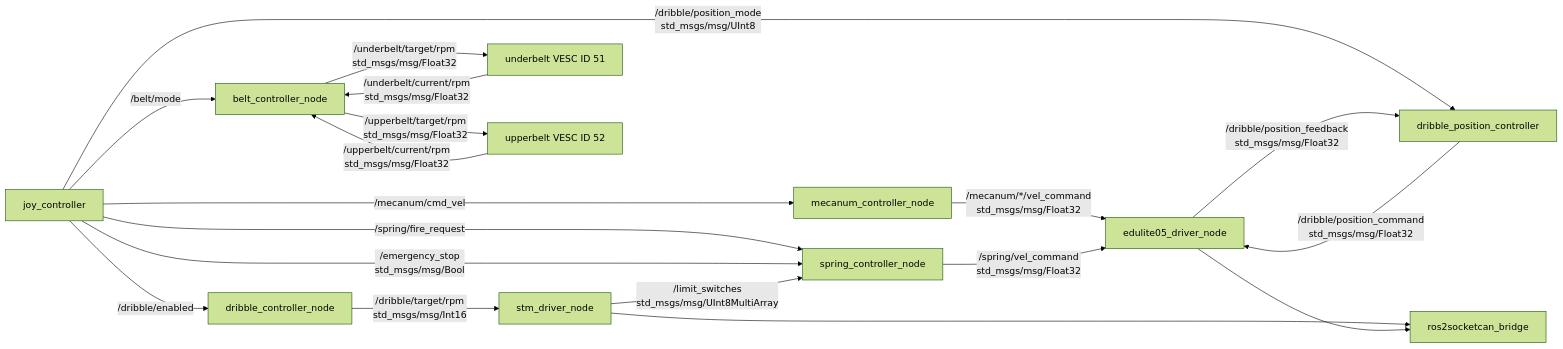
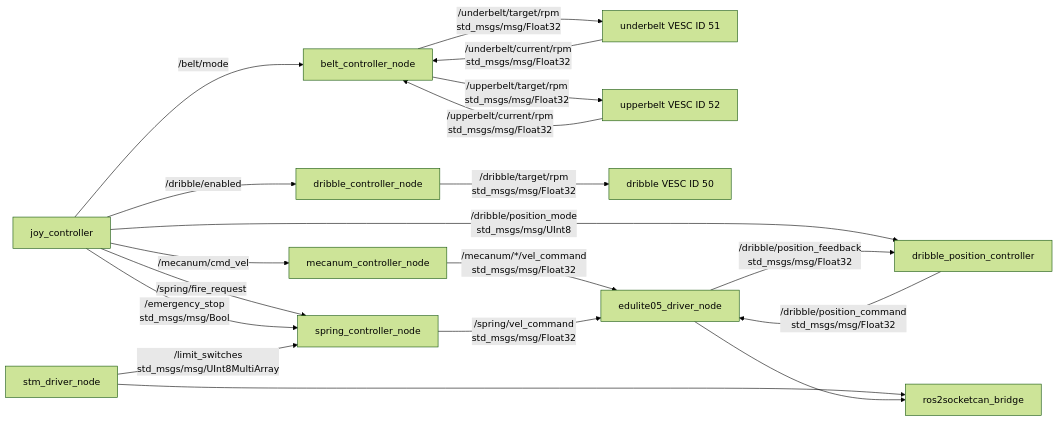
Before and after one commit to rodep-soft/rox2026: the diagram in ros2_ws/src/robot_controller/README.md, drawn with Mermaid (forest theme). The commit also changed other lines of this file and 10 other files, not shown here.

````diff
--- a/ros2_ws/src/robot_controller/README.md
+++ b/ros2_ws/src/robot_controller/README.md
@@ -7,35 +7,36 @@
 ```mermaid
 flowchart LR
   joy[joy_controller]
   mecanum[mecanum_controller_node]
   spring[spring_controller_node]
   dribble[dribble_controller_node]
   position[dribble_position_controller]
   belt[belt_controller_node]
   stm_driver[stm_driver_node]
   under_vesc[underbelt VESC ID 51]
   upper_vesc[upperbelt VESC ID 52]
+  dribble_vesc[dribble VESC ID 50]
   edulite_driver[edulite05_driver_node]
   bridge[ros2socketcan_bridge]
 
   joy -->|/mecanum/cmd_vel| mecanum
   joy -->|/spring/fire_request| spring
   joy -->|/dribble/enabled| dribble
   joy -->|/belt/mode| belt
   joy -->|/dribble/position_mode\nstd_msgs/msg/UInt8| position
   joy -->|/emergency_stop\nstd_msgs/msg/Bool| spring
 
   mecanum -->|/mecanum/*/vel_command\nstd_msgs/msg/Float32| edulite_driver
   spring -->|/spring/vel_command\nstd_msgs/msg/Float32| edulite_driver
-  dribble -->|/dribble/target/rpm\nstd_msgs/msg/Int16| stm_driver
+  dribble -->|/dribble/target/rpm\nstd_msgs/msg/Float32| dribble_vesc
   belt -->|/underbelt/target/rpm\nstd_msgs/msg/Float32| under_vesc
   belt -->|/upperbelt/target/rpm\nstd_msgs/msg/Float32| upper_vesc
   under_vesc -->|/underbelt/current/rpm\nstd_msgs/msg/Float32| belt
   upper_vesc -->|/upperbelt/current/rpm\nstd_msgs/msg/Float32| belt
   position -->|/dribble/position_command\nstd_msgs/msg/Float32| edulite_driver
   edulite_driver -->|/dribble/position_feedback\nstd_msgs/msg/Float32| position
   stm_driver -->|/limit_switches\nstd_msgs/msg/UInt8MultiArray| spring
 
   stm_driver --> bridge
   edulite_driver --> bridge
 ```
````
